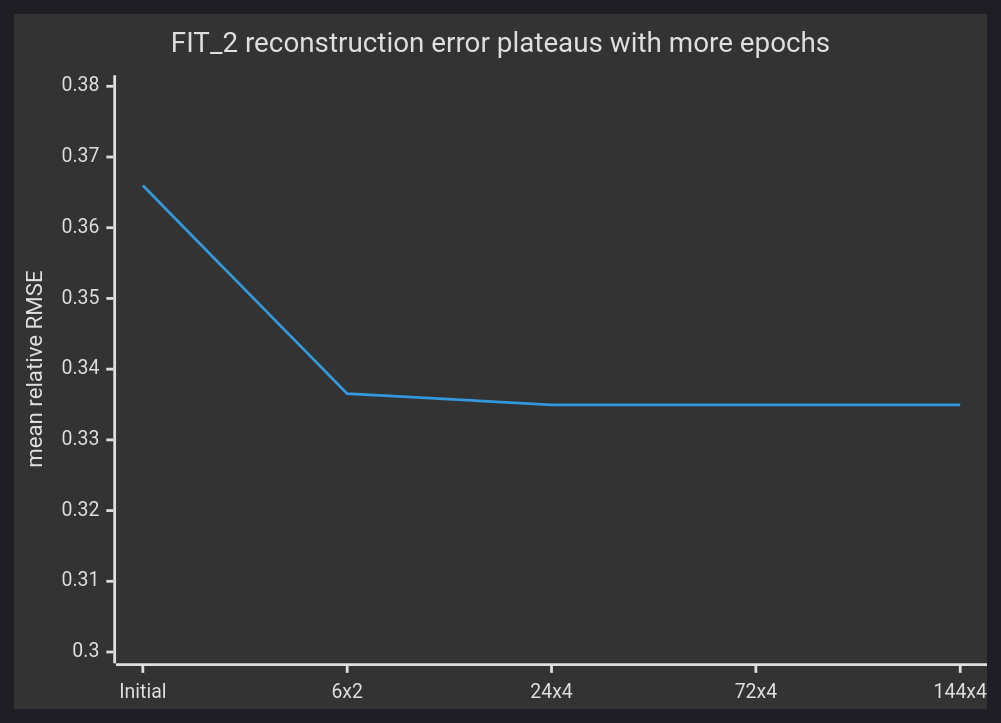
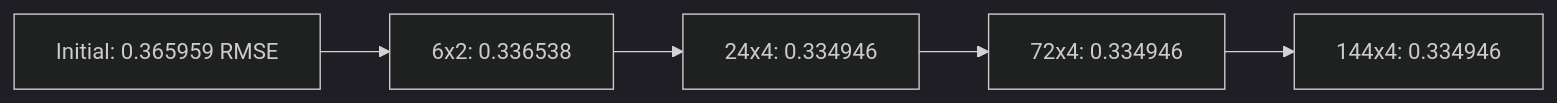
One commit to adsazad/swq-llama.cpp changed the second of 6 diagrams in docs/development/SWQ-RESEARCH-PAPER.md. Above: the diagram before and after it, drawn with Mermaid (dark theme). The commit also changed other lines of this file and 1 other file, not shown here.

````diff
--- a/docs/development/SWQ-RESEARCH-PAPER.md
+++ b/docs/development/SWQ-RESEARCH-PAPER.md
@@ -377,7 +377,7 @@
 ```mermaid
-xychart-beta
-    title "FIT_2 reconstruction error plateaus with more epochs"
-    x-axis [Initial, 6x2, 24x4, 72x4, 144x4]
-    y-axis "mean relative RMSE" 0.30 --> 0.38
-    line [0.365959, 0.336538, 0.334946, 0.334946, 0.334946]
+flowchart LR
+    A["Initial: 0.365959 RMSE"] --> B["6x2: 0.336538"]
+    B --> C["24x4: 0.334946"]
+    C --> D["72x4: 0.334946"]
+    D --> E["144x4: 0.334946"]
 ```
````
